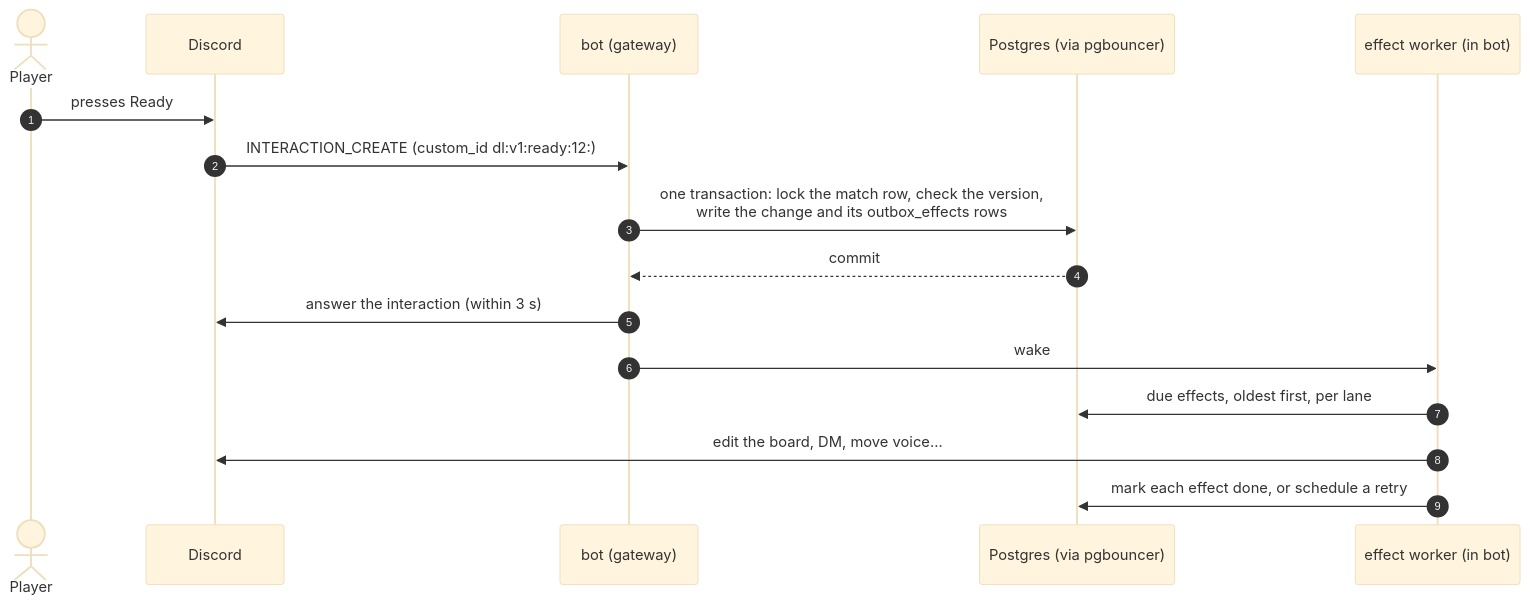
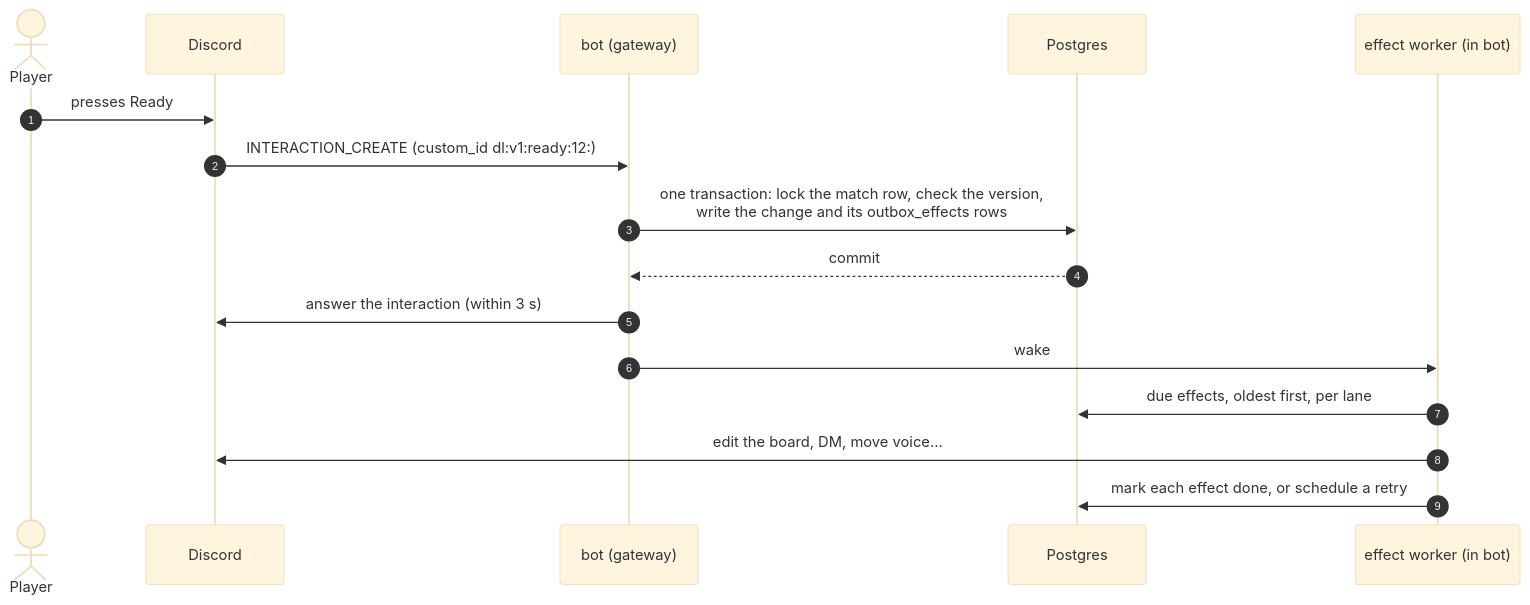
One commit to VARSITYLUNCHBUG/DayShift changed the second of 2 diagrams in docs/architecture.md. Above: the diagram before and after it, drawn with Mermaid (base theme). The commit also changed other lines of this file and 18 other files, not shown here.

````diff
--- a/docs/architecture.md
+++ b/docs/architecture.md
@@ -114,19 +57,19 @@
 ```mermaid
 sequenceDiagram
     autonumber
     actor P as Player
     participant D as Discord
     participant B as bot (gateway)
-    participant DB as Postgres (via pgbouncer)
+    participant DB as Postgres
     participant W as effect worker (in bot)
 
     P->>D: presses Ready
     D->>B: INTERACTION_CREATE (custom_id dl:v1:ready:12:)
     B->>DB: one transaction: lock the match row, check the version,<br/>write the change and its outbox_effects rows
     DB-->>B: commit
     B->>D: answer the interaction (within 3 s)
     B->>W: wake
     W->>DB: due effects, oldest first, per lane
     W->>D: edit the board, DM, move voice...
     W->>DB: mark each effect done, or schedule a retry
 ```
````
